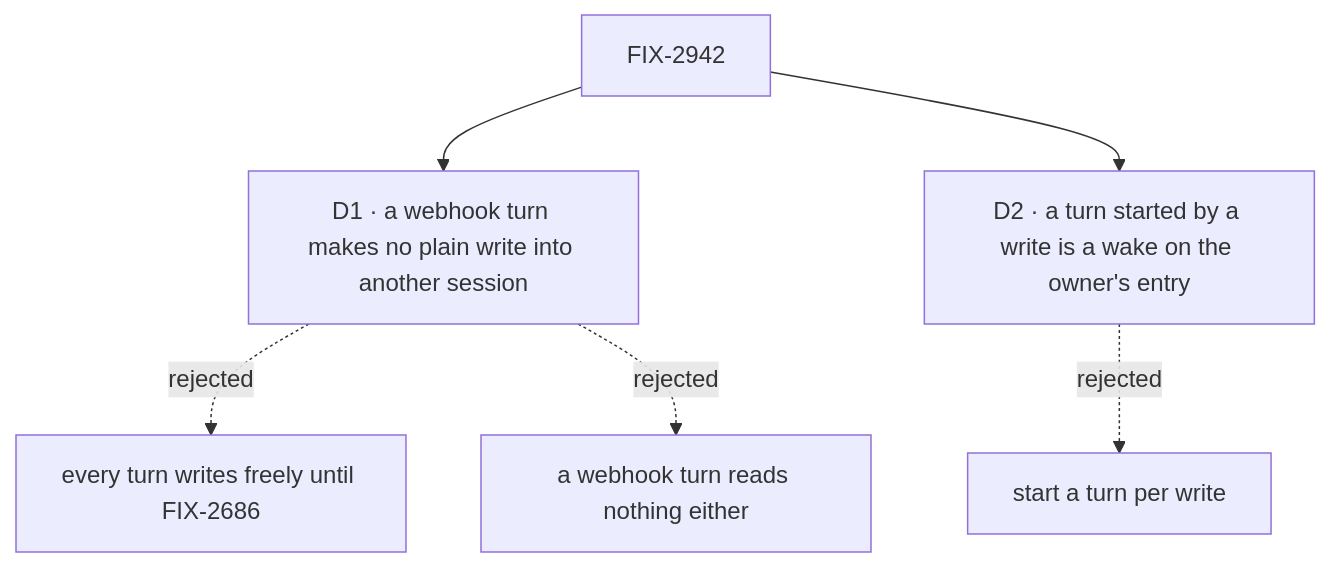
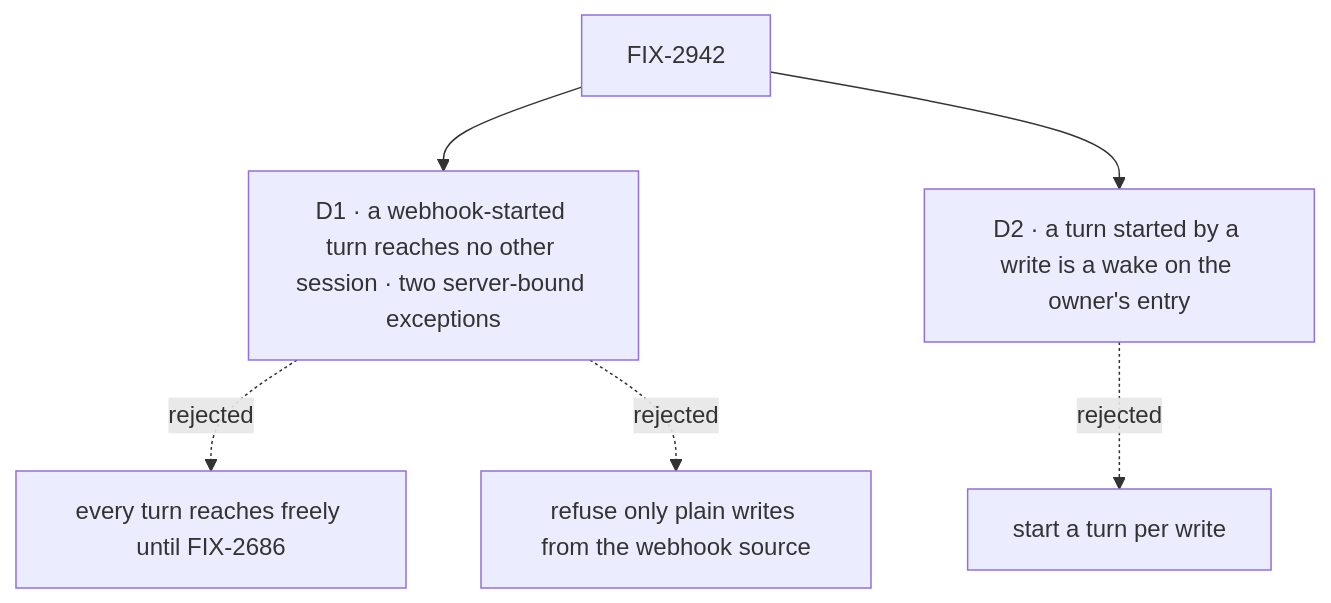
One commit to fixpoint-labs/flow-state-dev changed the diagram in specs/issues/FIX-2942/DECISIONS.md. Above: the diagram before and after it, drawn with Mermaid. The commit also changed other lines of this file and 13 other files, not shown here.

````diff
--- a/specs/issues/FIX-2942/DECISIONS.md
+++ b/specs/issues/FIX-2942/DECISIONS.md
@@ -11,8 +11,8 @@
 ```mermaid
 flowchart TD
-  I["FIX-2942"] --> D1["D1 · a webhook turn makes no plain write into another session"]
-  D1 -.->|"rejected"| X1["every turn writes freely until FIX-2686"]
-  D1 -.->|"rejected"| X2["a webhook turn reads nothing either"]
+  I["FIX-2942"] --> D1["D1 · a webhook-started turn reaches no other session · two server-bound exceptions"]
+  D1 -.->|"rejected"| X1["every turn reaches freely until FIX-2686"]
+  D1 -.->|"rejected"| X2["refuse only plain writes from the webhook source"]
   I --> D2["D2 · a turn started by a write is a wake on the owner's entry"]
   D2 -.->|"rejected"| X3["start a turn per write"]
 ```
````
